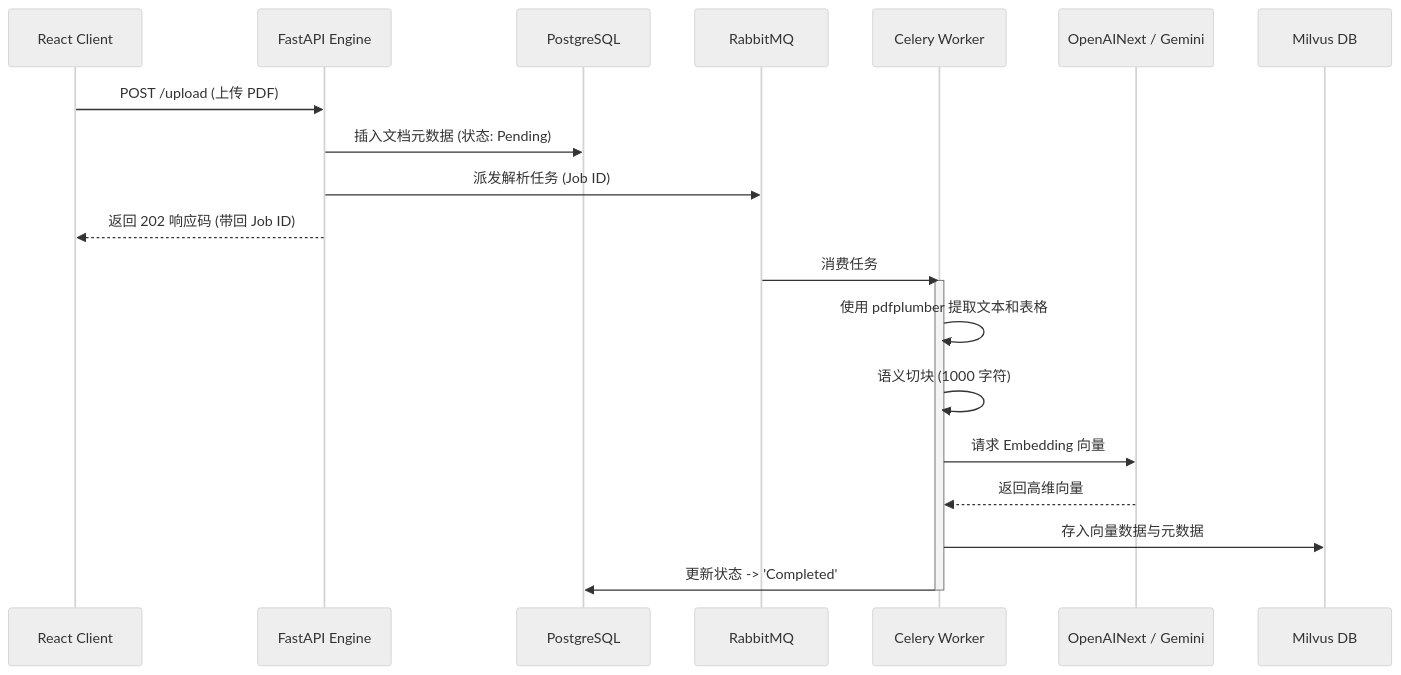
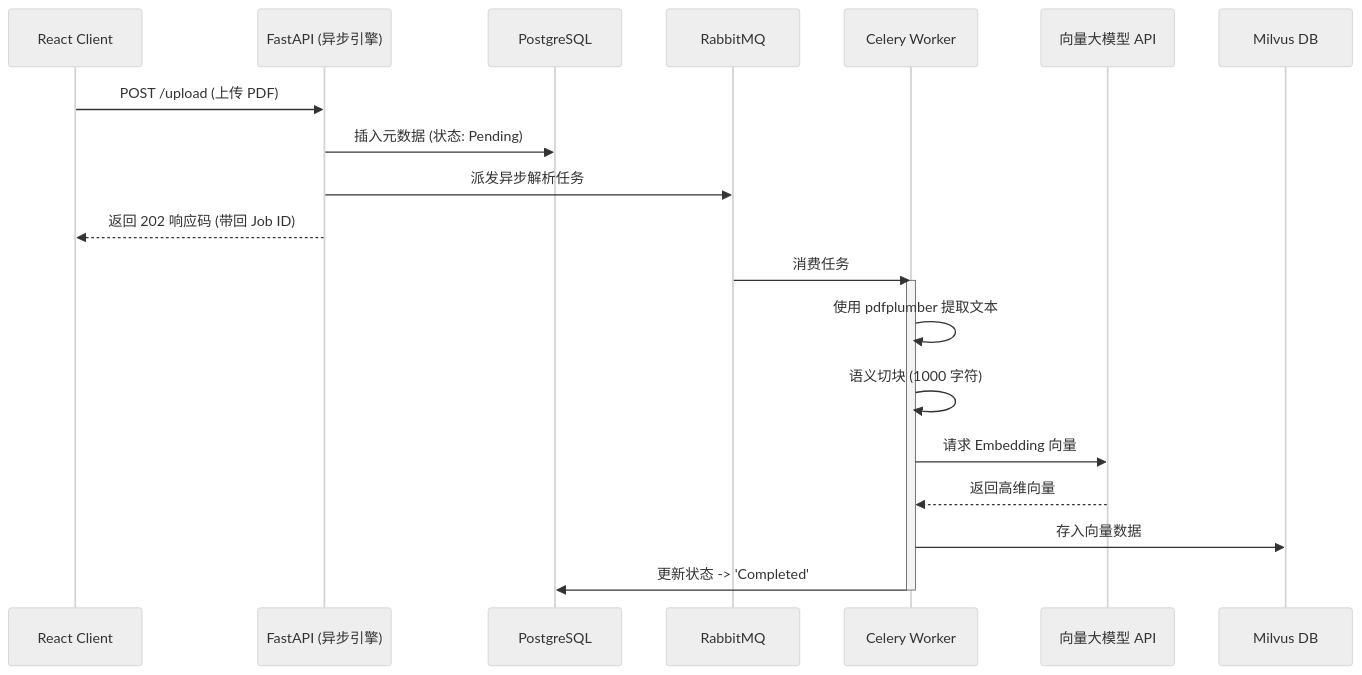
Before and after one commit to joe-ging/AI_Stock_Analyst_Enterprise: the first of 4 diagrams in README_zh.md, drawn with Mermaid (neutral theme). The commit also changed other lines of this file and 1 other file, not shown here.

````diff
--- a/README_zh.md
+++ b/README_zh.md
@@ -44,25 +41,25 @@
 ```mermaid
 sequenceDiagram
     participant UI as React Client
-    participant Engine as FastAPI Engine
+    participant Engine as FastAPI (异步引擎)
     participant PG as PostgreSQL
     participant MQ as RabbitMQ
     participant Worker as Celery Worker
-    participant AI as OpenAINext / Gemini
+    participant AI as 向量大模型 API
     participant Milvus as Milvus DB
     
     UI->>Engine: POST /upload (上传 PDF)
-    Engine->>PG: 插入文档元数据 (状态: Pending)
-    Engine->>MQ: 派发解析任务 (Job ID)
+    Engine->>PG: 插入元数据 (状态: Pending)
+    Engine->>MQ: 派发异步解析任务
     Engine-->>UI: 返回 202 响应码 (带回 Job ID)
     
     MQ->>Worker: 消费任务
     activate Worker
-    Worker->>Worker: 使用 pdfplumber 提取文本和表格
+    Worker->>Worker: 使用 pdfplumber 提取文本
     Worker->>Worker: 语义切块 (1000 字符)
     Worker->>AI: 请求 Embedding 向量
     AI-->>Worker: 返回高维向量
-    Worker->>Milvus: 存入向量数据与元数据
+    Worker->>Milvus: 存入向量数据
     Worker->>PG: 更新状态 -> 'Completed'
     deactivate Worker
 ```
````
